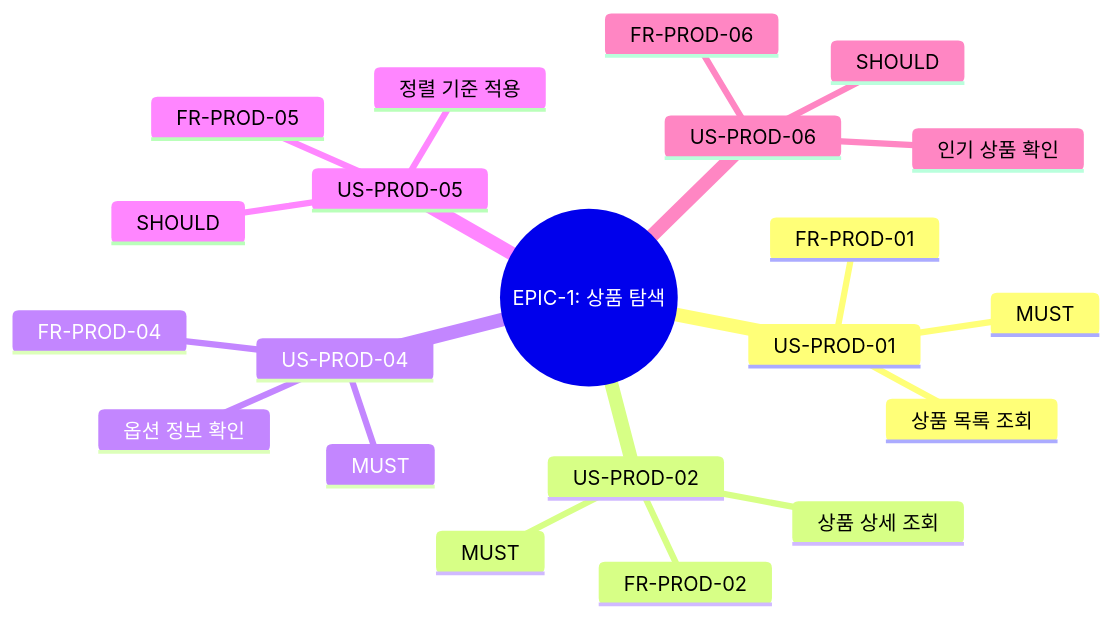
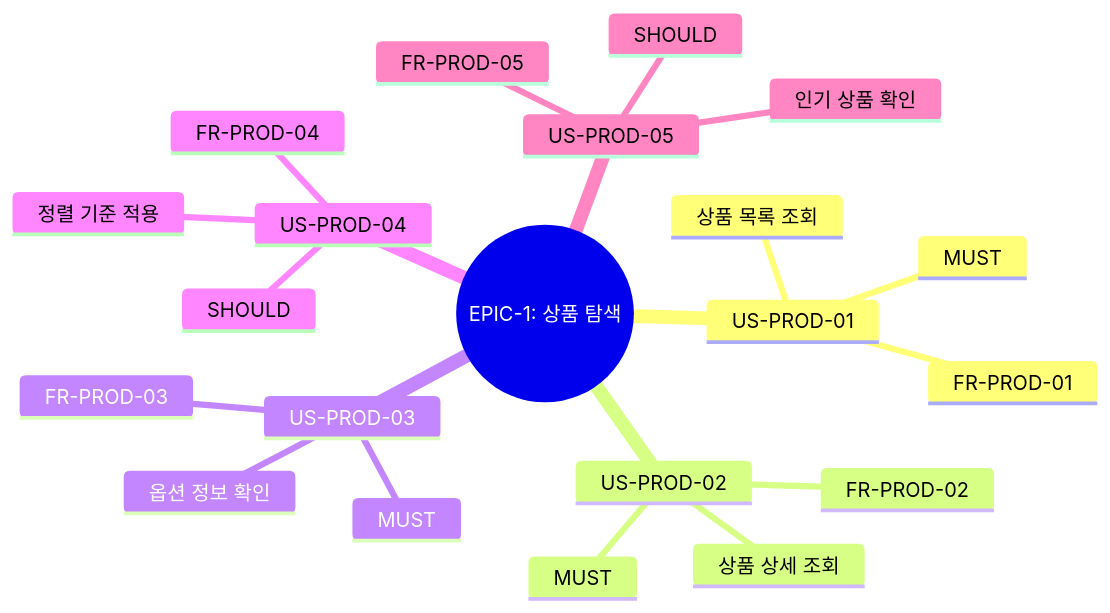
Before and after one commit to ywj3493/hhplus-e-commerce: the fourth of 9 diagrams in docs/dev/dashboard/user-stories.md, drawn with Mermaid. The commit also changed other lines of this file and 2 other files, not shown here.

````diff
--- a/docs/dev/dashboard/user-stories.md
+++ b/docs/dev/dashboard/user-stories.md
@@ -217,24 +217,24 @@
 ```mermaid
 mindmap
   root((EPIC-1: 상품 탐색))
     US-PROD-01
       상품 목록 조회
       FR-PROD-01
       MUST
     US-PROD-02
       상품 상세 조회
       FR-PROD-02
       MUST
+    US-PROD-03
+      옵션 정보 확인
+      FR-PROD-03
+      MUST
     US-PROD-04
-      옵션 정보 확인
+      정렬 기준 적용
       FR-PROD-04
-      MUST
+      SHOULD
     US-PROD-05
-      정렬 기준 적용
+      인기 상품 확인
       FR-PROD-05
       SHOULD
-    US-PROD-06
-      인기 상품 확인
-      FR-PROD-06
-      SHOULD
 ```
````
